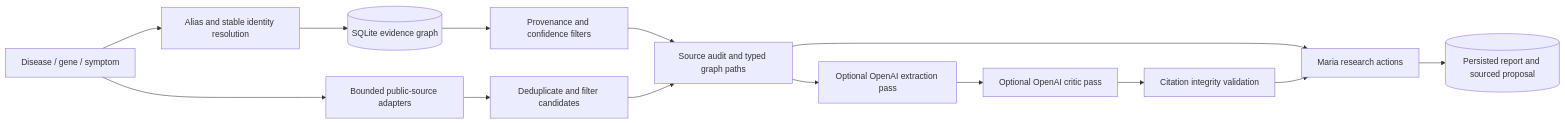
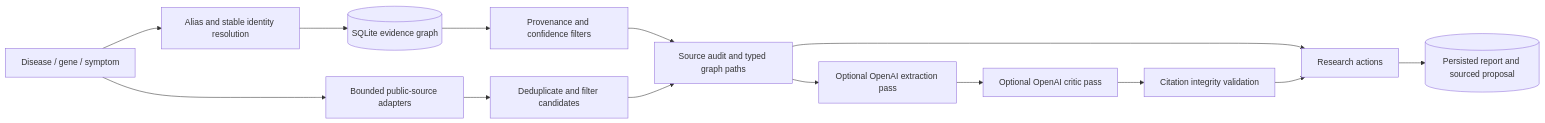
One commit to Haizhouzhou/Asterisk changed the diagram in README.md. Above: the diagram before and after it, drawn with Mermaid. The commit also changed other lines of this file and 1 other file, not shown here.

````diff
--- a/README.md
+++ b/README.md
@@ -65,16 +92,16 @@
 ```mermaid
 flowchart LR
     Q[Disease / gene / symptom] --> I[Alias and stable identity resolution]
     I --> DB[(SQLite evidence graph)]
     Q --> P[Bounded public-source adapters]
     P --> F[Deduplicate and filter candidates]
     DB --> G[Provenance and confidence filters]
     G --> A[Source audit and typed graph paths]
     F --> A
     A --> E[Optional OpenAI extraction pass]
     E --> C[Optional OpenAI critic pass]
     C --> V[Citation integrity validation]
-    A --> R[Maria research actions]
+    A --> R[Research actions]
     V --> R
     R --> S[(Persisted report and sourced proposal)]
 ```
````
